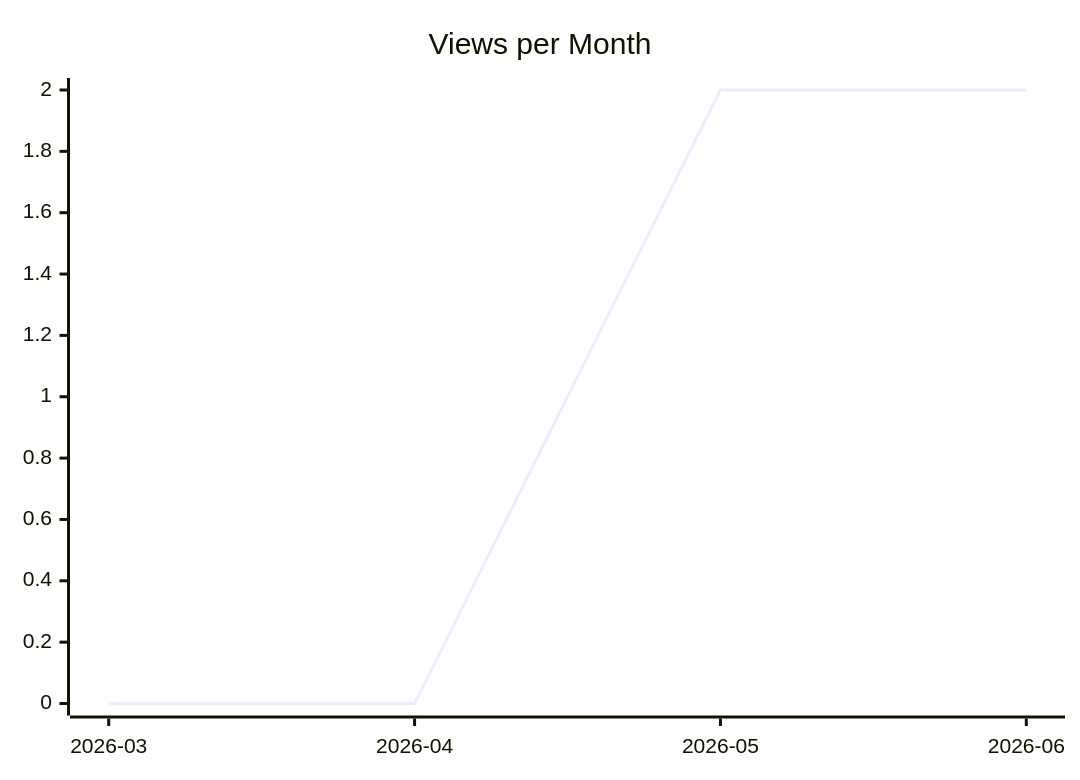
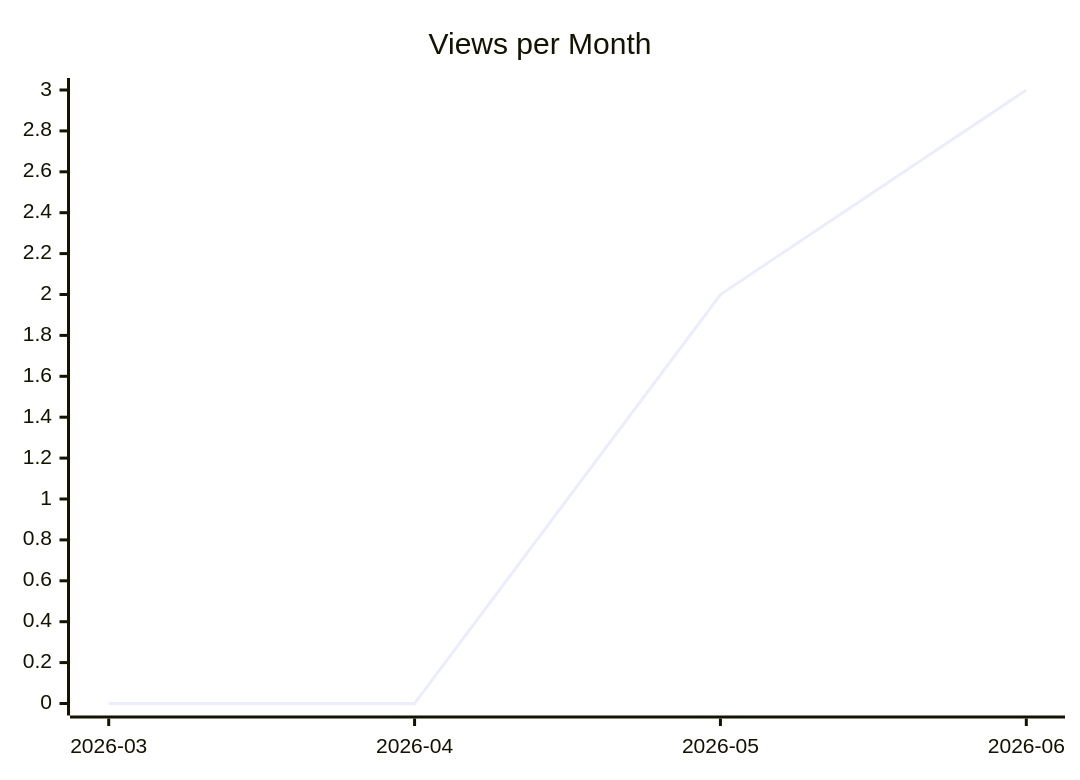
One commit to justdavis-family/github-analytics-data changed the second of 3 diagrams in karlmdavis/justdavis-karl/README.md. Above: the diagram before and after it, drawn with Mermaid. The commit also changed other lines of this file and 201 other files, not shown here.

````diff
--- a/karlmdavis/justdavis-karl/README.md
+++ b/karlmdavis/justdavis-karl/README.md
@@ -12,6 +12,6 @@
 ```mermaid
 xychart-beta
   title "Views per Month"
   x-axis ["2026-03", "2026-04", "2026-05", "2026-06"]
-  line [0, 0, 2, 2]
+  line [0, 0, 2, 3]
 ```
````
